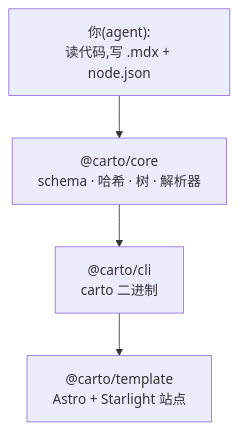
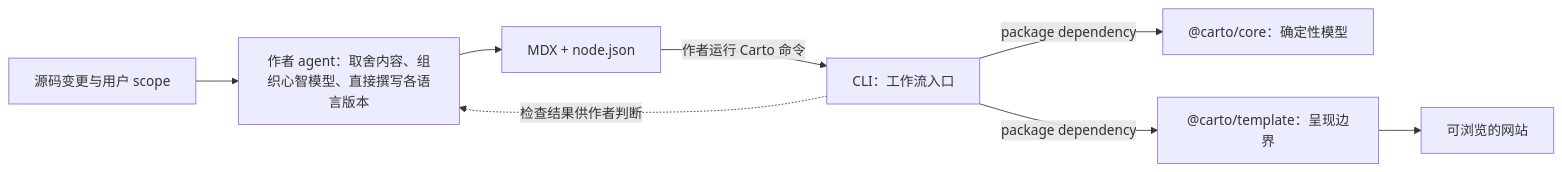
Before and after one commit to 5u4/carto: the diagram in docs/overview/zh.mdx, drawn with Mermaid. The commit also changed other lines of this file and 36 other files, not shown here.

````diff
--- a/docs/overview/zh.mdx
+++ b/docs/overview/zh.mdx
@@ -27,7 +20,10 @@
 ```mermaid
-flowchart TD
-  A["你(agent):<br/>读代码,写 .mdx + node.json"] --> M
-  M["@carto/core<br/>schema · 哈希 · 树 · 解析器"] --> C
-  C["@carto/cli<br/>carto 二进制"] --> T
-  T["@carto/template<br/>Astro + Starlight 站点"]
+flowchart LR
+    S["源码变更与用户 scope"] --> A["作者 agent：取舍内容、组织心智模型、直接撰写各语言版本"]
+    A --> D["MDX + node.json"]
+    D -->|"作者运行 Carto 命令"| C["CLI：工作流入口"]
+    C -->|"package dependency"| K["@carto/core：确定性模型"]
+    C -->|"package dependency"| T["@carto/template：呈现边界"]
+    C -. "检查结果供作者判断" .-> A
+    T --> W["可浏览的网站"]
 ```
````
